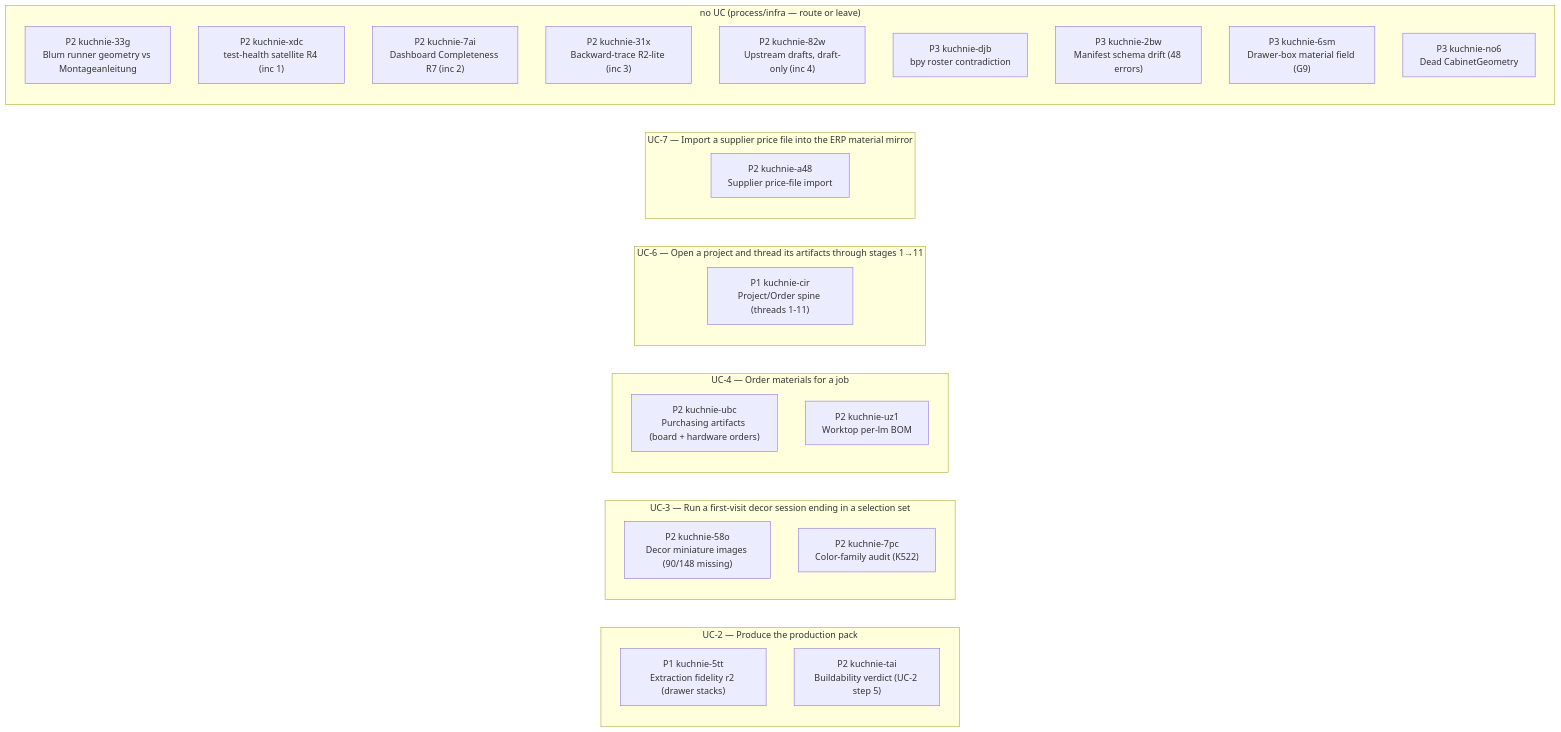
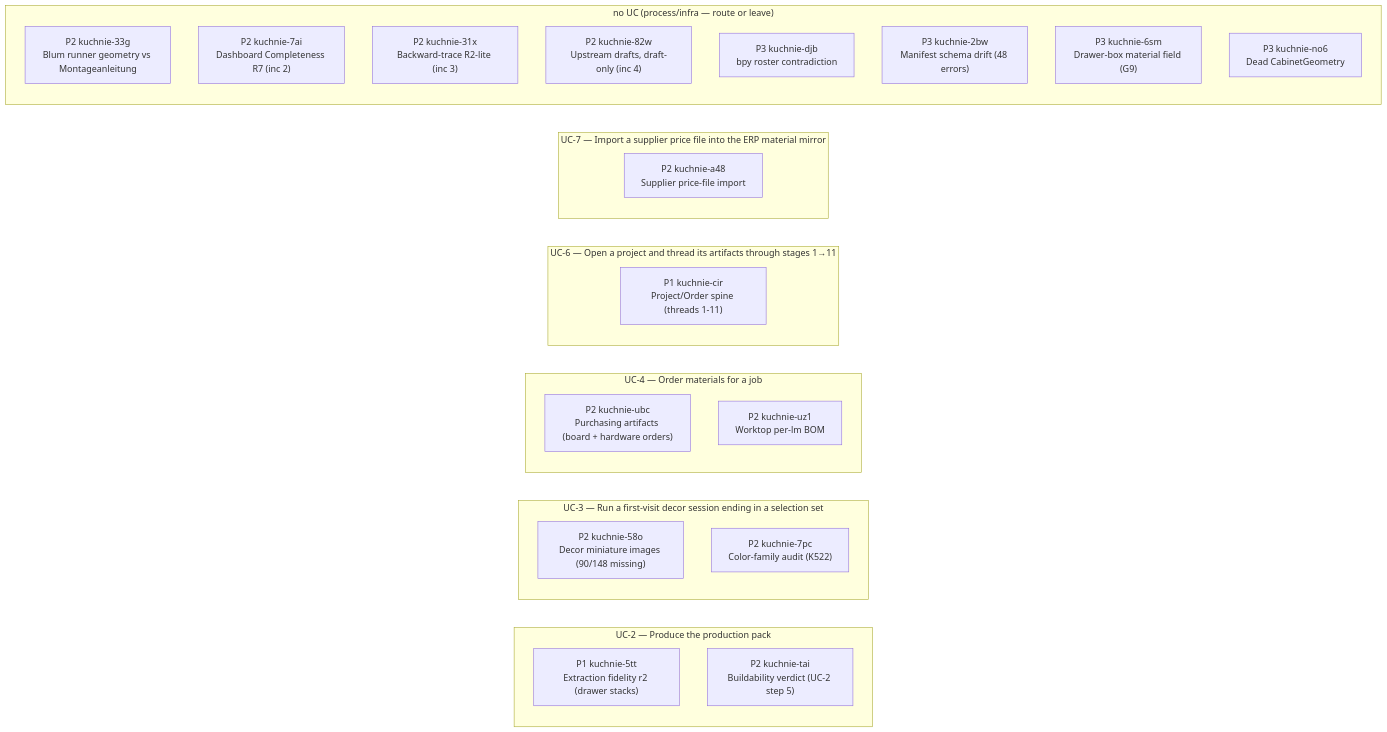
One commit to m1981/kuchnie changed the second of 2 diagrams in STATUS.md. Above: the diagram before and after it, drawn with Mermaid. The commit also changed other lines of this file and 2 other files, not shown here.

Commit message:
truth: inc 1 closed (wk-0d7a80d2 -> tr-461fe482); STATUS regenerated

````diff
--- a/STATUS.md
+++ b/STATUS.md
@@ -74,32 +73,31 @@
 ```mermaid
 flowchart LR
     subgraph gUC_2 ["UC-2 — Produce the production pack"]
         u_kuchnie_5tt["P1 kuchnie-5tt<br/>Extraction fidelity r2 (drawer stacks)"]
         u_kuchnie_tai["P2 kuchnie-tai<br/>Buildability verdict (UC-2 step 5)"]
     end
     subgraph gUC_3 ["UC-3 — Run a first-visit decor session ending in a selection set"]
         u_kuchnie_58o["P2 kuchnie-58o<br/>Decor miniature images (90/148 missing)"]
         u_kuchnie_7pc["P2 kuchnie-7pc<br/>Color-family audit (K522)"]
     end
     subgraph gUC_4 ["UC-4 — Order materials for a job"]
         u_kuchnie_ubc["P2 kuchnie-ubc<br/>Purchasing artifacts (board + hardware orders)"]
         u_kuchnie_uz1["P2 kuchnie-uz1<br/>Worktop per-lm BOM"]
     end
     subgraph gUC_6 ["UC-6 — Open a project and thread its artifacts through stages 1→11"]
         u_kuchnie_cir["P1 kuchnie-cir<br/>Project/Order spine (threads 1-11)"]
     end
     subgraph gUC_7 ["UC-7 — Import a supplier price file into the ERP material mirror"]
         u_kuchnie_a48["P2 kuchnie-a48<br/>Supplier price-file import"]
     end
     subgraph g_none ["no UC (process/infra — route or leave)"]
         u_kuchnie_33g["P2 kuchnie-33g<br/>Blum runner geometry vs Montageanleitung"]
-        u_kuchnie_xdc["P2 kuchnie-xdc<br/>test-health satellite R4 (inc 1)"]
         u_kuchnie_7ai["P2 kuchnie-7ai<br/>Dashboard Completeness R7 (inc 2)"]
         u_kuchnie_31x["P2 kuchnie-31x<br/>Backward-trace R2-lite (inc 3)"]
         u_kuchnie_82w["P2 kuchnie-82w<br/>Upstream drafts, draft-only (inc 4)"]
         u_kuchnie_djb["P3 kuchnie-djb<br/>bpy roster contradiction"]
         u_kuchnie_2bw["P3 kuchnie-2bw<br/>Manifest schema drift (48 errors)"]
         u_kuchnie_6sm["P3 kuchnie-6sm<br/>Drawer-box material field (G9)"]
         u_kuchnie_no6["P3 kuchnie-no6<br/>Dead CabinetGeometry"]
     end
 ```
````
